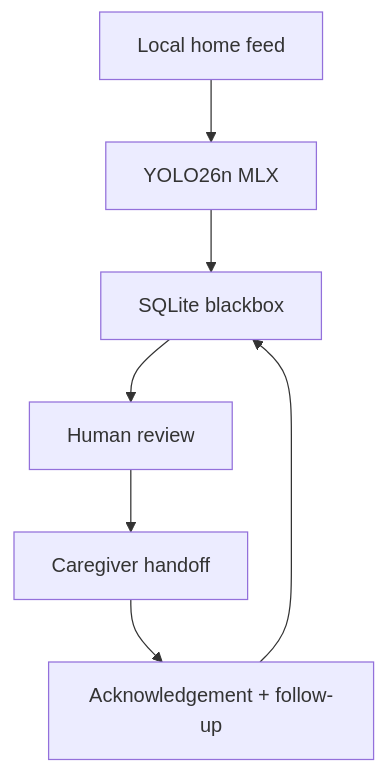
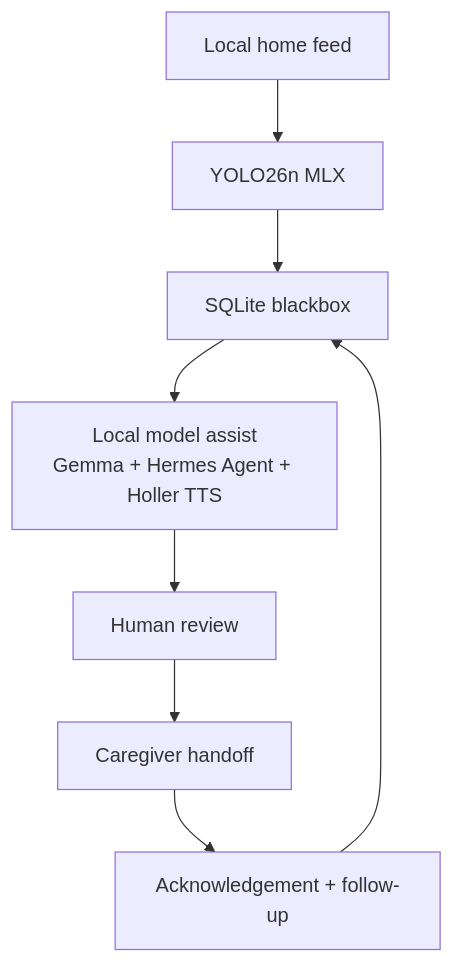
One commit to Vel-Labs/CareSight changed the diagram in hackathon/README.md. Above: the diagram before and after it, drawn with Mermaid. The commit also changed 54 other files, not shown here.

Commit message:
Route local model assist after SQLite in ship goal

````diff
--- a/hackathon/README.md
+++ b/hackathon/README.md
@@ -32,16 +32,18 @@
 ```mermaid
 flowchart TD
   Feed["Local home feed"]
   Vision["YOLO26n MLX"]
   Store["SQLite blackbox"]
+  Models["Local model assist<br/>Gemma + Hermes Agent + Holler TTS"]
   Review["Human review"]
   Handoff["Caregiver handoff"]
   Receipt["Acknowledgement + follow-up"]
 
   Feed --> Vision
   Vision --> Store
-  Store --> Review
+  Store --> Models
+  Models --> Review
   Review --> Handoff
   Handoff --> Receipt
   Receipt --> Store
 ```
````
